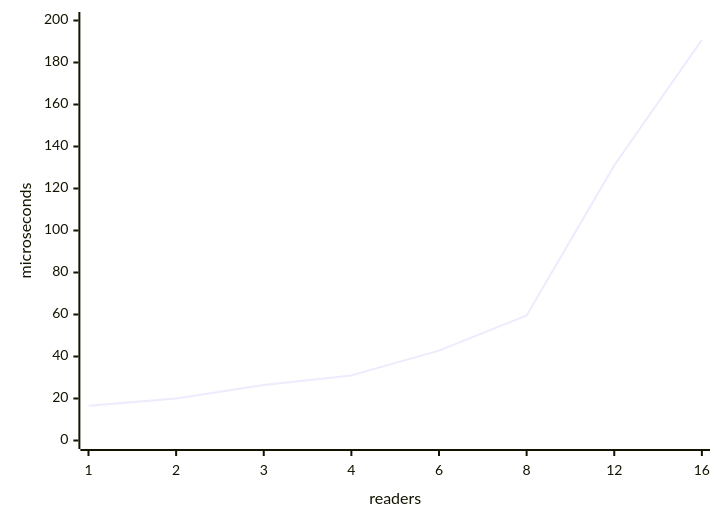
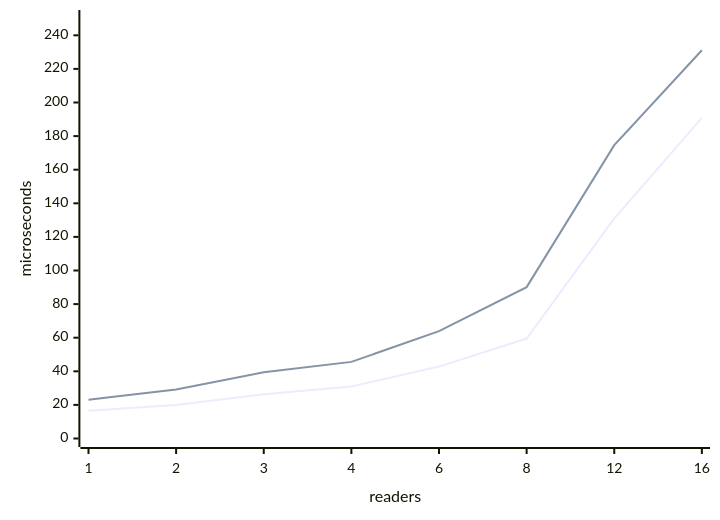
One commit to Variance-Authority/variance-authority changed the sixth of 10 diagrams in docs/performance.md. Above: the diagram before and after it, drawn with Mermaid. The commit also changed other lines of this file and 46 other files, not shown here.

````diff
--- a/docs/performance.md
+++ b/docs/performance.md
@@ -168,7 +204,8 @@
 ```mermaid
 xychart-beta
-  accTitle: Kernel microseconds per file, by number of readers
+  accTitle: Kernel microseconds per file for Material UI and Kibana, by number of readers
   x-axis "readers" ["1", "2", "3", "4", "6", "8", "12", "16"]
-  y-axis "microseconds" 0 --> 200
+  y-axis "microseconds" 0 --> 250
   line [16.5, 20.0, 26.4, 31.0, 42.8, 59.5, 131.0, 190.8]
+  line [23.0, 29.2, 39.4, 45.6, 63.9, 90.1, 174.6, 231.1]
 ```
````
